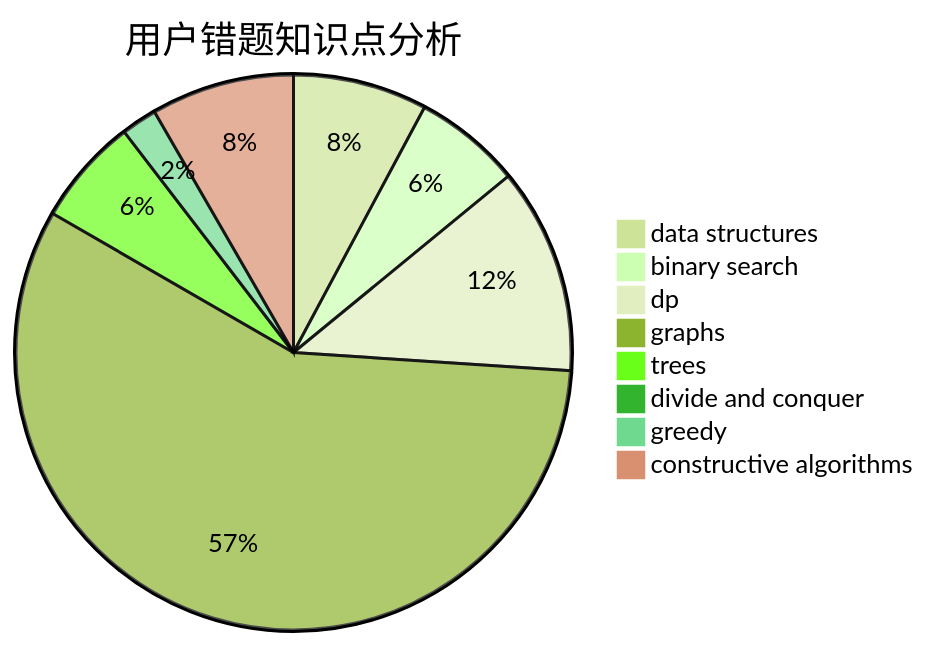
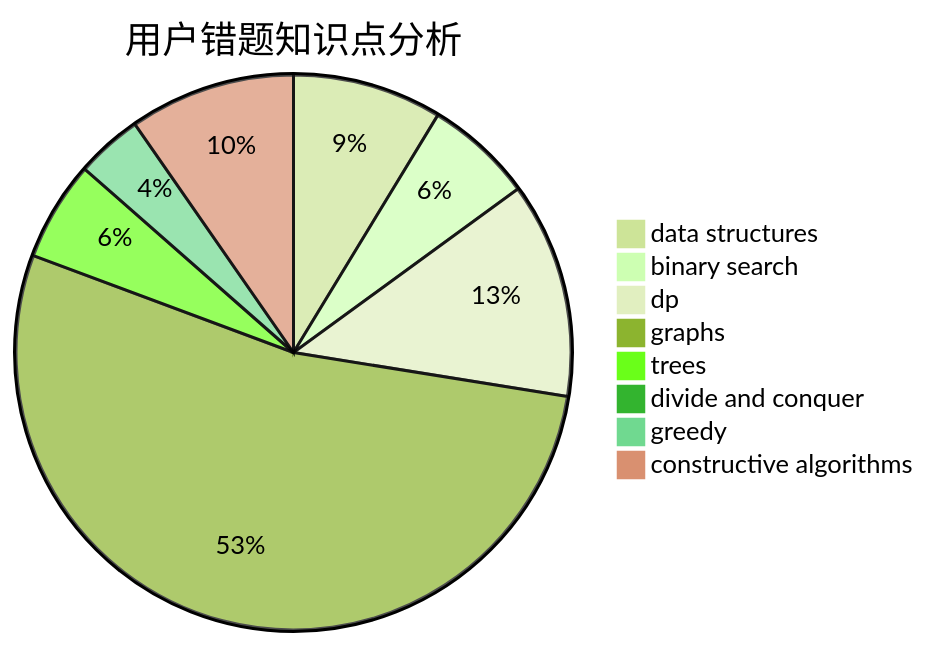
One commit to sherpahu/cfrs.github.io changed the third of 3 diagrams in docs/user/u1192.md. Above: the diagram before and after it, drawn with Mermaid (forest theme). The commit also changed other lines of this file and 2770 other files, not shown here.

````diff
--- a/docs/user/u1192.md
+++ b/docs/user/u1192.md
@@ -36,11 +36,11 @@
 ```mermaid
 pie title 用户错题知识点分析
-    "data structures" :  15
-    "binary search" :  12
-    "dp" :  23
+    "data structures" :  18
+    "binary search" :  13
+    "dp" :  26
     "graphs" :  110
     "trees" :  12
     "divide and conquer" :  0
-    "greedy" :  4
-    "constructive algorithms" :  16
+    "greedy" :  8
+    "constructive algorithms" :  20
 ```
````
